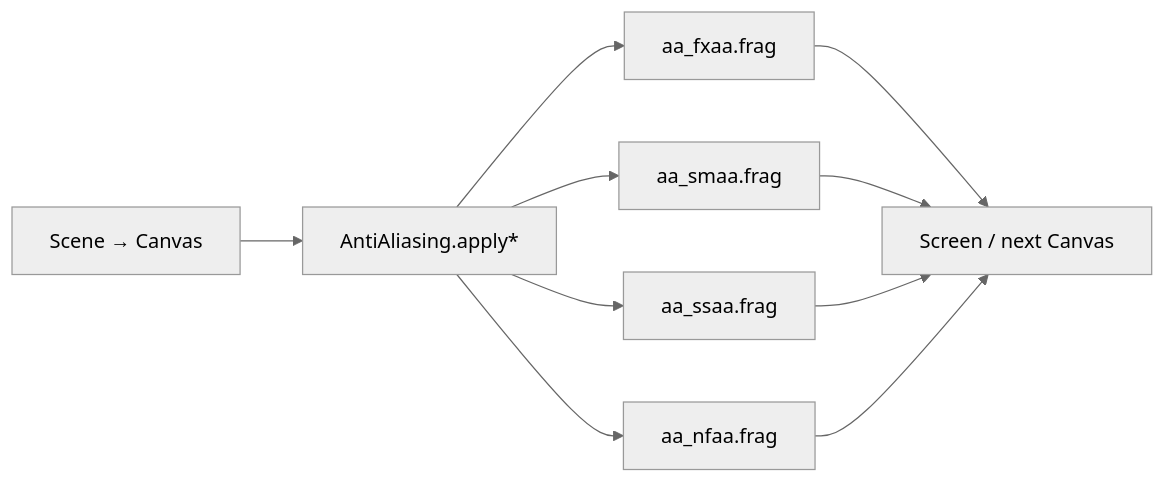
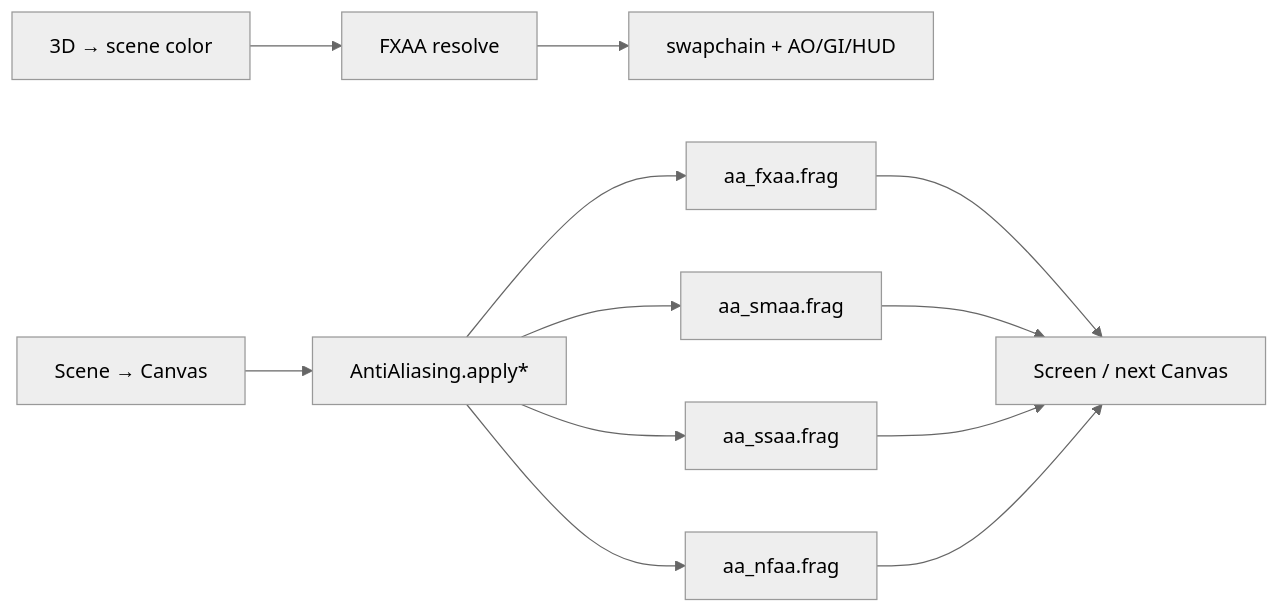
Before and after one commit to EVEngine/EVEngine: the diagram in docs/dev/抗锯齿模块设计.md, drawn with Mermaid (neutral theme). The commit also changed other lines of this file and 48 other files, not shown here.

First line of the commit message:
feat(graphics): enhance rendering capabilities with 3D pipeline and ambient occlusion

````diff
--- a/docs/dev/抗锯齿模块设计.md
+++ b/docs/dev/抗锯齿模块设计.md
@@ -23,12 +24,14 @@
 ```mermaid
 flowchart LR
-  Scene["Scene → Canvas"] --> AA["AntiAliasing.apply*"]
-  AA --> FXAA["aa_fxaa.frag"]
-  AA --> SMAA["aa_smaa.frag"]
-  AA --> SSAA["aa_ssaa.frag"]
-  AA --> NFAA["aa_nfaa.frag"]
+  Scene["3D → scene color"] --> AA["FXAA resolve"]
+  Canvas["Scene → Canvas"] --> Apply["AntiAliasing.apply*"]
+  AA --> Swap["swapchain + AO/GI/HUD"]
+  Apply --> FXAA["aa_fxaa.frag"]
+  Apply --> SMAA["aa_smaa.frag"]
+  Apply --> SSAA["aa_ssaa.frag"]
+  Apply --> NFAA["aa_nfaa.frag"]
   FXAA --> Out["Screen / next Canvas"]
   SMAA --> Out
   SSAA --> Out
   NFAA --> Out
 ```
````
